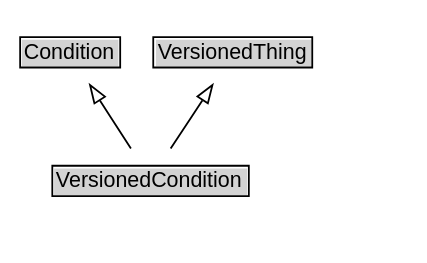
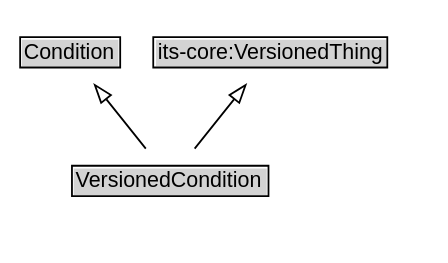
Before and after one commit to k-vaughn/ontology-its-regulation: the diagram in docs/diagrams/VersionedCondition.dot, drawn with Graphviz. The commit also changed 40 other files, not shown here.

```diff
--- a/docs/diagrams/VersionedCondition.dot
+++ b/docs/diagrams/VersionedCondition.dot
@@ -1,21 +1,21 @@
 // Diagram for VersionedCondition
 digraph {
 	graph [overlap=false rankdir=TB splines=true]
 	node [fontname=Arial fontsize=12 margin=0 shape=none]
 	edge [fontname=Arial fontsize=11]
 	{
 		rank=source
 		Condition [label=<<TABLE BORDER="1" CELLBORDER="0" CELLSPACING="0" CELLPADDING="1"><TR><TD BGCOLOR="lightgray" ALIGN="CENTER">Condition</TD></TR></TABLE>> URL="../Condition" margin=0]
-		VersionedThing [label=<<TABLE BORDER="1" CELLBORDER="0" CELLSPACING="0" CELLPADDING="1"><TR><TD BGCOLOR="lightgray" ALIGN="CENTER">VersionedThing</TD></TR></TABLE>> URL="../VersionedThing" margin=0]
+		"its-core_VersionedThing" [label=<<TABLE BORDER="1" CELLBORDER="0" CELLSPACING="0" CELLPADDING="1"><TR><TD BGCOLOR="lightgray" ALIGN="CENTER">its-core:VersionedThing</TD></TR></TABLE>> URL="https://w3id.org/itsdata/core/v1/VersionedThing" margin=0]
 	}
 	VersionedCondition [label=<<TABLE BORDER="1" CELLBORDER="0" CELLSPACING="0" CELLPADDING="1"><TR><TD BGCOLOR="lightgray" ALIGN="CENTER">VersionedCondition</TD></TR></TABLE>> URL="../VersionedCondition" margin=0]
 	{
 		rank=max
 	}
 	subgraph cluster_associated {
 		label="" style=invis
 		Invis [label=<<TABLE BORDER="0" CELLBORDER="0" CELLSPACING="0" CELLPADDING="1"><TR><TD></TD></TR></TABLE>> margin=0 style=invis]
 	}
 	VersionedCondition -> Condition [arrowhead=onormal style=solid]
-	VersionedCondition -> VersionedThing [arrowhead=onormal style=solid]
+	VersionedCondition -> "its-core_VersionedThing" [arrowhead=onormal style=solid]
 }
```
